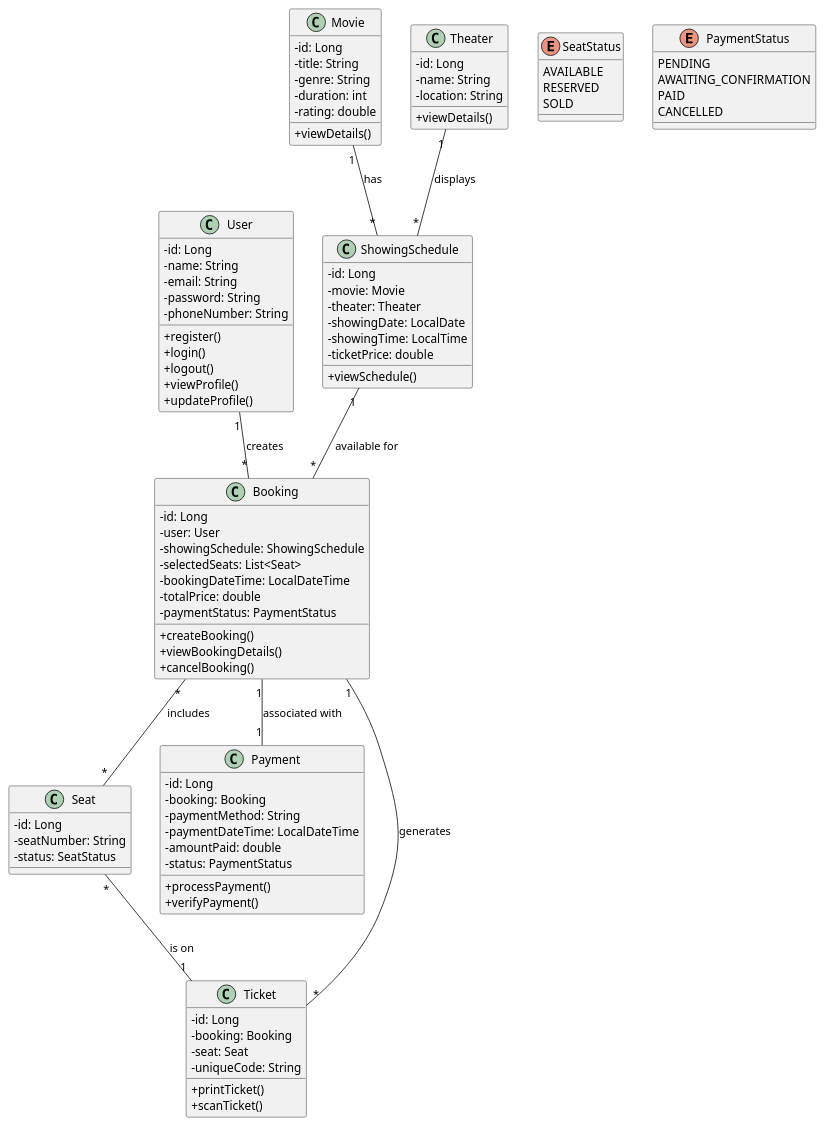
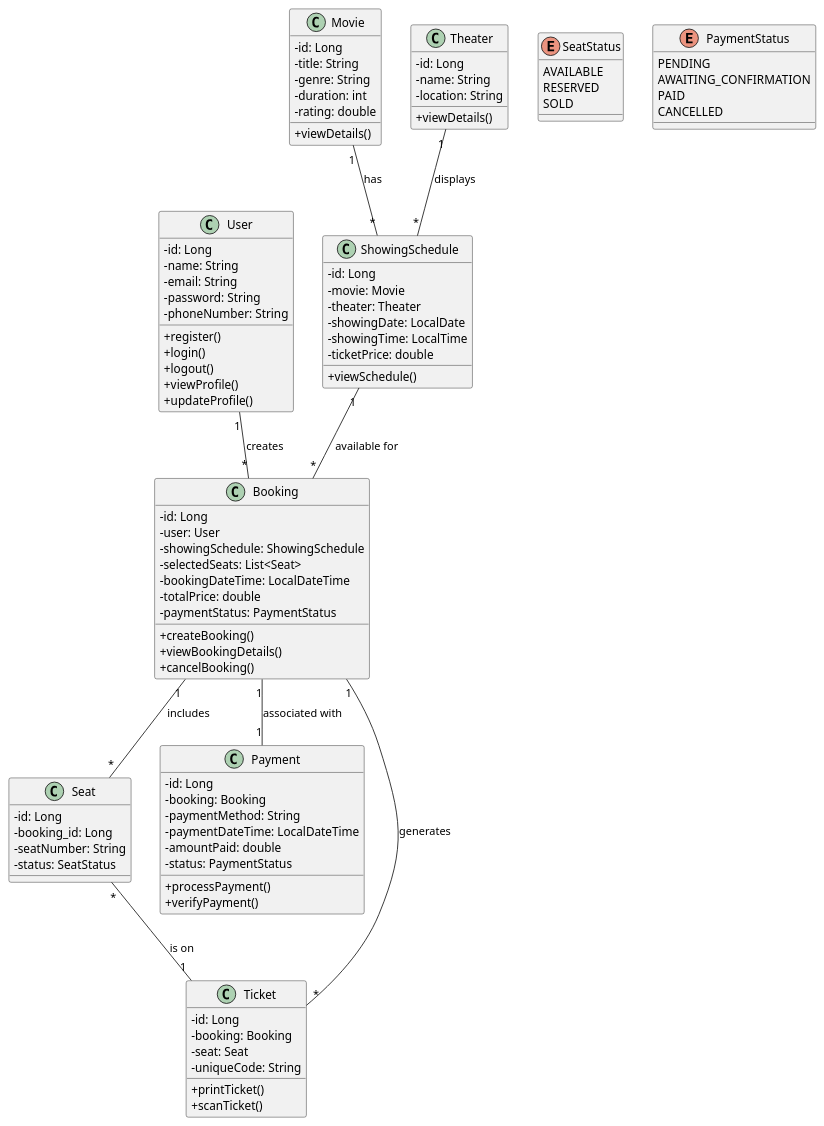
One commit to fikrifyanto/bioskuy-api changed the diagram in docs/class_diagram.puml. Above: the diagram before and after it, drawn with PlantUML.

Commit message:
Update Diagram

```diff
--- a/docs/class_diagram.puml
+++ b/docs/class_diagram.puml
@@ -1,106 +1,107 @@
 @startuml
 
 skinparam classAttributeIconSize 0
 skinparam classStereotypeFontSize 8
 skinparam classStereotypeFontStyle bold
 
 class User {
   - id: Long
   - name: String
   - email: String
   - password: String
   - phoneNumber: String
   + register()
   + login()
   + logout()
   + viewProfile()
   + updateProfile()
 }
 
 class Movie {
   - id: Long
   - title: String
   - genre: String
   - duration: int
   - rating: double
   + viewDetails()
 }
 
 class ShowingSchedule {
   - id: Long
   - movie: Movie
   - theater: Theater
   - showingDate: LocalDate
   - showingTime: LocalTime
   - ticketPrice: double
   + viewSchedule()
 }
 
 class Theater {
   - id: Long
   - name: String
   - location: String
   + viewDetails()
 }
 
 class Seat {
   - id: Long
+  - booking_id: Long
   - seatNumber: String
   - status: SeatStatus
 }
 
 enum SeatStatus {
   AVAILABLE
   RESERVED
   SOLD
 }
 
 class Booking {
   - id: Long
   - user: User
   - showingSchedule: ShowingSchedule
   - selectedSeats: List<Seat>
   - bookingDateTime: LocalDateTime
   - totalPrice: double
   - paymentStatus: PaymentStatus
   + createBooking()
   + viewBookingDetails()
   + cancelBooking()
 }
 
 enum PaymentStatus {
   PENDING
   AWAITING_CONFIRMATION
   PAID
   CANCELLED
 }
 
 class Payment {
   - id: Long
   - booking: Booking
   - paymentMethod: String
   - paymentDateTime: LocalDateTime
   - amountPaid: double
   - status: PaymentStatus
   + processPayment()
   + verifyPayment()
 }
 
 class Ticket {
   - id: Long
   - booking: Booking
   - seat: Seat
   - uniqueCode: String
   + printTicket()
   + scanTicket()
 }
 
 User "1" -- "*" Booking : creates
 Movie "1" -- "*" ShowingSchedule : has
 Theater "1" -- "*" ShowingSchedule : displays
 ShowingSchedule "1" -- "*" Booking : available for
-Booking "*" -- "*" Seat : includes
+Booking "1" -- "*" Seat : includes
 Booking "1" -- "1" Payment : associated with
 Booking "1" -- "*" Ticket : generates
 Seat "*" -- "1" Ticket : is on
 @enduml
```
